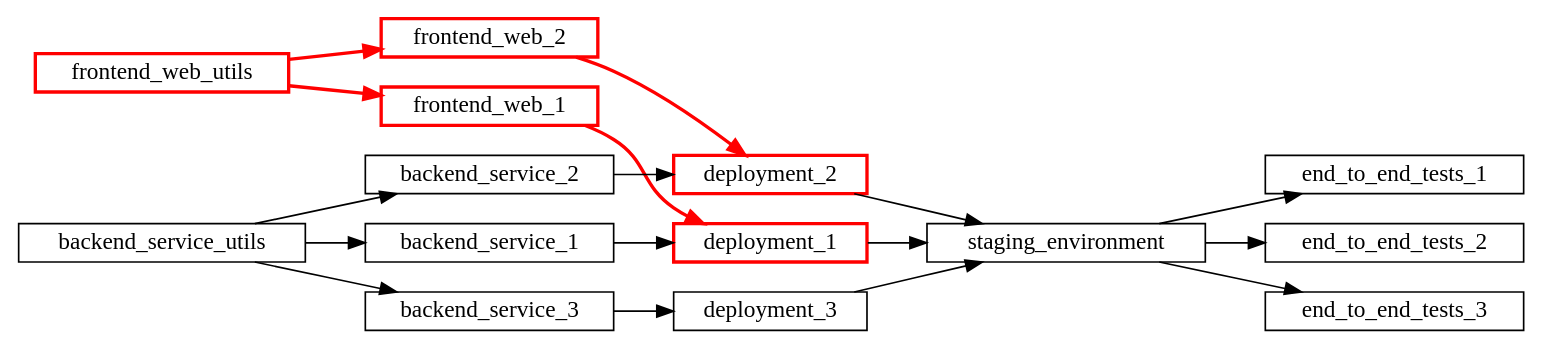
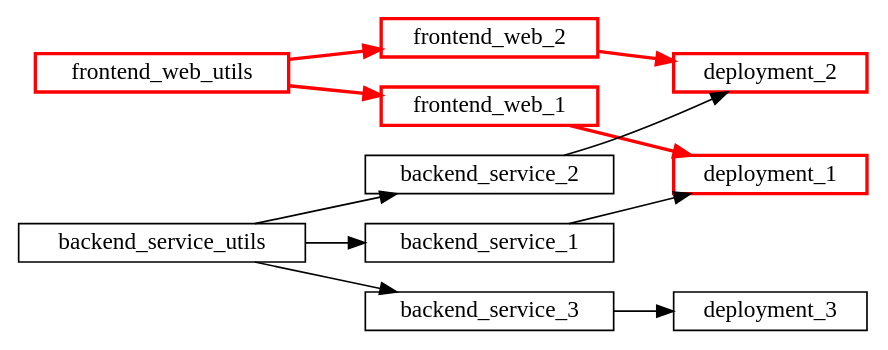
One commit to com-lihaoyi/mill changed the third of 6 diagrams in blog/modules/ROOT/pages/3-selective-test-execution.adoc. Above: the diagram before and after it, drawn with Graphviz. The commit also changed other lines of this file and 3 other files, not shown here.

````diff
--- a/blog/modules/ROOT/pages/3-selective-test-execution.adoc
+++ b/blog/modules/ROOT/pages/3-selective-test-execution.adoc
@@ -168,22 +169,16 @@
 ```graphviz
 digraph G {
   rankdir=LR
   node [shape=box width=0 height=0 style=filled fillcolor=white]
   frontend_web_utils [color=red, penwidth=2]
   frontend_web_1 [color=red, penwidth=2]
   deployment_1 [color=red, penwidth=2]
   frontend_web_2 [color=red, penwidth=2]
   deployment_2 [color=red, penwidth=2]
   frontend_web_utils -> frontend_web_1 -> deployment_1 [color=red, penwidth=2]
   frontend_web_utils -> frontend_web_2 -> deployment_2 [color=red, penwidth=2]
   backend_service_utils -> backend_service_1 -> deployment_1
   backend_service_utils -> backend_service_2 -> deployment_2
   backend_service_utils -> backend_service_3 -> deployment_3
-  deployment_1 -> staging_environment
-  deployment_2 -> staging_environment
-  deployment_3 -> staging_environment
-  staging_environment -> end_to_end_tests_1
-  staging_environment -> end_to_end_tests_2
-  staging_environment -> end_to_end_tests_3
 }
 ```
````
